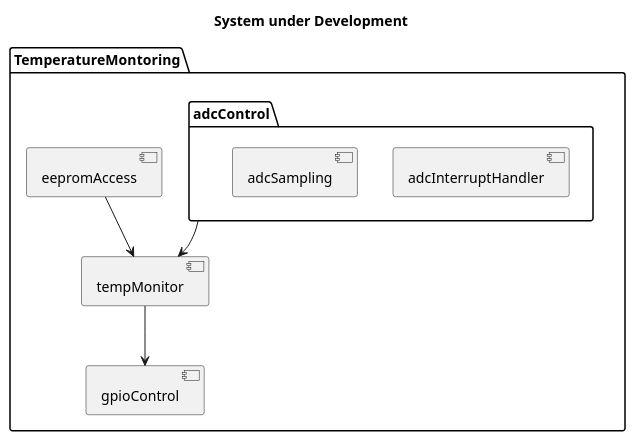
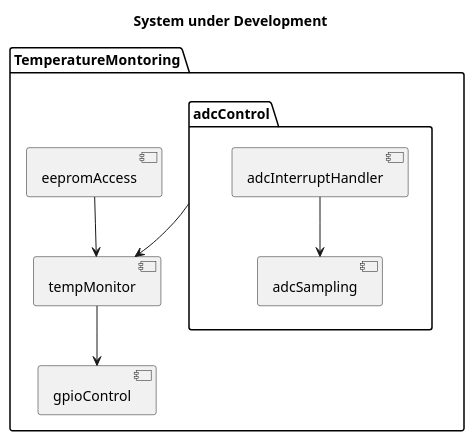
The diagram in arch/static_arch.puml (pru8889/TempMonitoring_Project), drawn with PlantUML before and after one commit. The commit also changed 6 other files, not shown here.

```diff
--- a/arch/static_arch.puml
+++ b/arch/static_arch.puml
@@ -1,16 +1,17 @@
 @startuml staticarch
 title System under Development
 package "TemperatureMontoring" {
     [eepromAccess] as ea
     package "adcControl" as adc{
     [adcInterruptHandler] as adcIsr
-    [adcSampling]
+    [adcSampling] as adcSamp
     }
     [tempMonitor] as tmp
     [gpioControl] as gpio
 }
 
+adcIsr --> adcSamp
 ea --> tmp
 adc --> tmp
 tmp --> gpio
 @enduml
```
